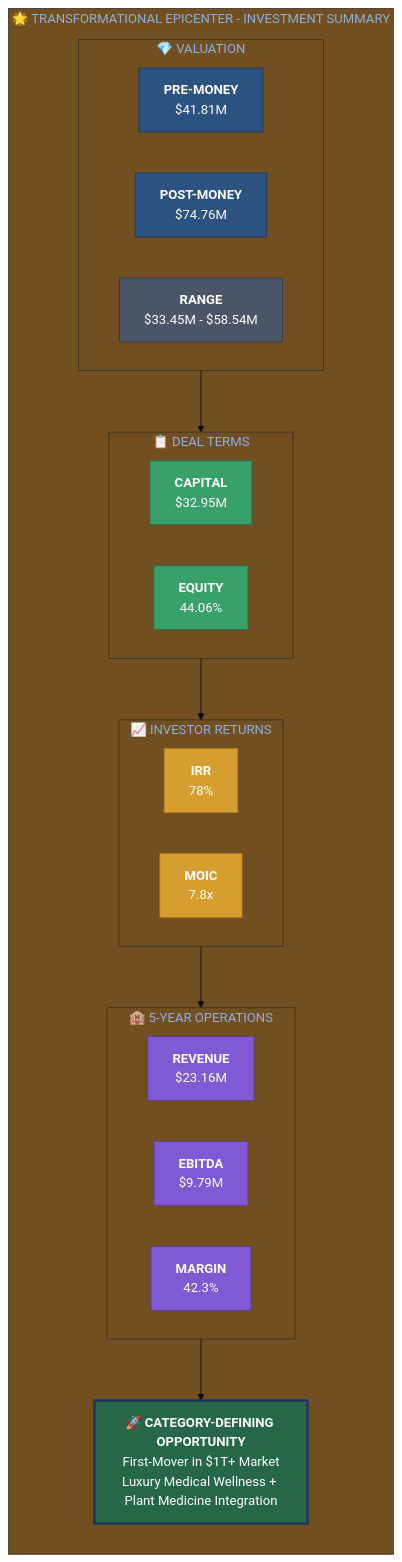
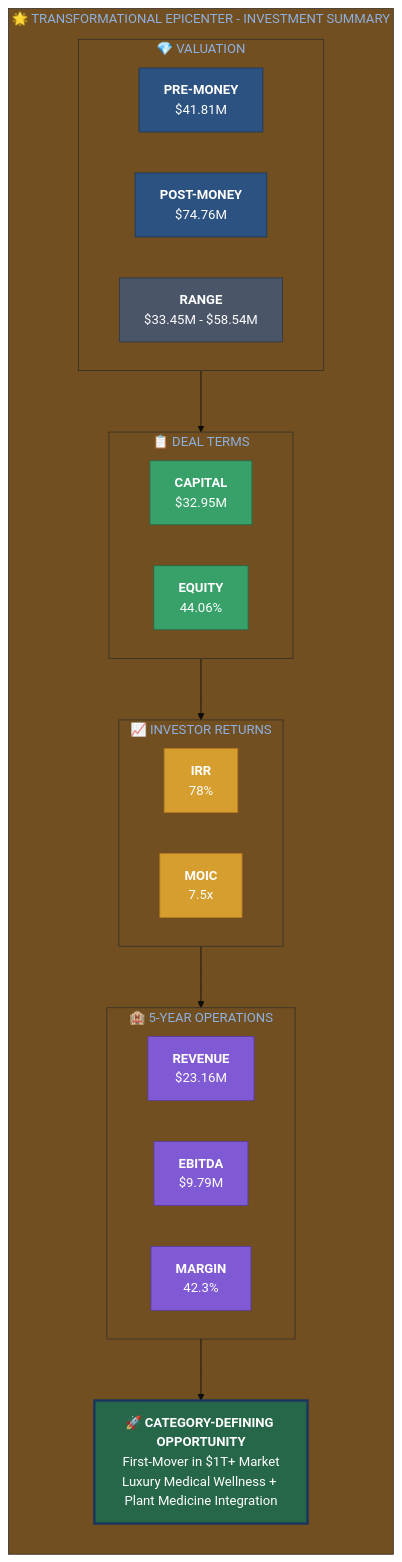
Diagram 40 of 41 in docs/pitch-packet/AI_VALUATION_REPORT_VISUAL.md (Light-Brands/epic-center), drawn with Mermaid before and after one commit. The commit also changed other lines of this file and 33 other files, not shown here.

````diff
--- a/docs/pitch-packet/AI_VALUATION_REPORT_VISUAL.md
+++ b/docs/pitch-packet/AI_VALUATION_REPORT_VISUAL.md
@@ -1872,51 +1872,51 @@
 ```mermaid
 %%{init: {'theme': 'base', 'themeVariables': { 'primaryColor': '#1a365d', 'primaryTextColor': '#fff'}}}%%
 flowchart TB
     subgraph FINAL["🌟 TRANSFORMATIONAL EPICENTER - INVESTMENT SUMMARY"]
         direction TB
 
         subgraph VALUE["💎 VALUATION"]
             direction LR
             PRE["<b>PRE-MONEY</b><br/>$41.81M"]
             POST["<b>POST-MONEY</b><br/>$74.76M"]
             RANGE["<b>RANGE</b><br/>$33.45M - $58.54M"]
         end
 
         subgraph DEAL["📋 DEAL TERMS"]
             direction LR
             CAP["<b>CAPITAL</b><br/>$32.95M"]
             EQ["<b>EQUITY</b><br/>44.06%"]
         end
 
         subgraph RETURNS["📈 INVESTOR RETURNS"]
             direction LR
             IRR["<b>IRR</b><br/>78%"]
-            MOIC["<b>MOIC</b><br/>7.8x"]
+            MOIC["<b>MOIC</b><br/>7.5x"]
         end
 
         subgraph OPERATIONS["🏨 5-YEAR OPERATIONS"]
             direction LR
             REV["<b>REVENUE</b><br/>$23.16M"]
             EBITDA["<b>EBITDA</b><br/>$9.79M"]
             MARGIN["<b>MARGIN</b><br/>42.3%"]
         end
 
         VALUE --> DEAL --> RETURNS --> OPERATIONS
 
         CTA["🚀 <b>CATEGORY-DEFINING OPPORTUNITY</b><br/>First-Mover in $1T+ Market<br/>Luxury Medical Wellness + Plant Medicine Integration"]
 
         OPERATIONS --> CTA
     end
 
     style PRE fill:#2c5282,stroke:#1a365d,color:#fff
     style POST fill:#2c5282,stroke:#1a365d,color:#fff
     style RANGE fill:#4a5568,stroke:#2d3748,color:#fff
     style CAP fill:#38a169,stroke:#276749,color:#fff
     style EQ fill:#38a169,stroke:#276749,color:#fff
     style IRR fill:#d69e2e,stroke:#b7791f,color:#fff
     style MOIC fill:#d69e2e,stroke:#b7791f,color:#fff
     style REV fill:#805ad5,stroke:#553c9a,color:#fff
     style EBITDA fill:#805ad5,stroke:#553c9a,color:#fff
     style MARGIN fill:#805ad5,stroke:#553c9a,color:#fff
     style CTA fill:#276749,stroke:#1a365d,stroke-width:3px,color:#fff
 ```
````
